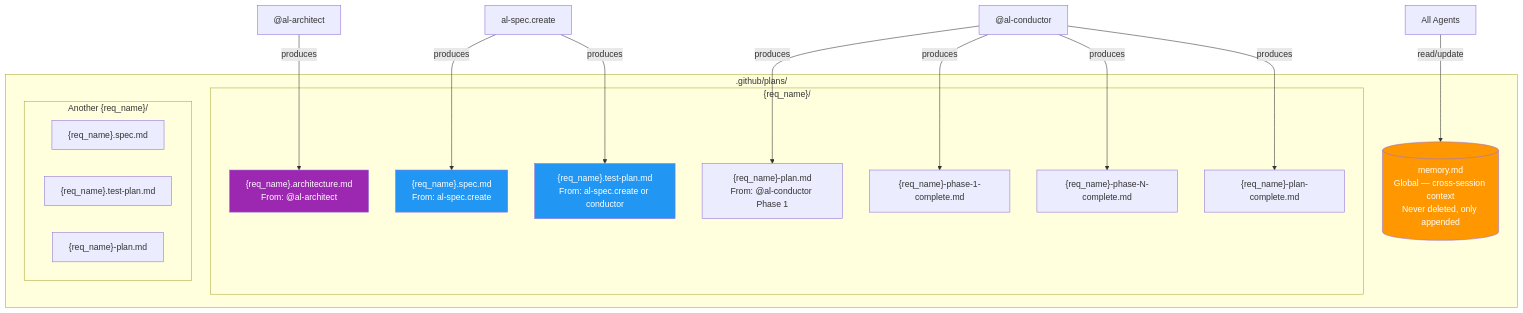
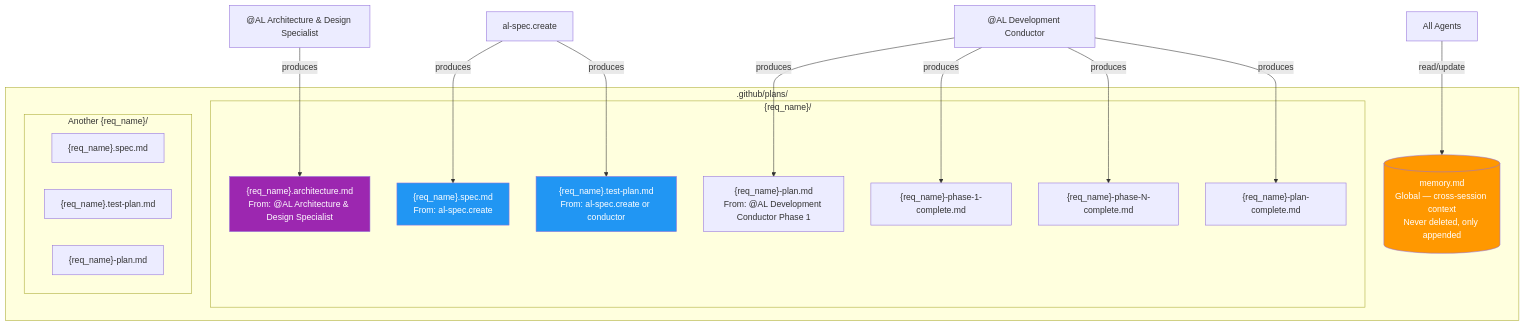
Before and after one commit to javiarmesto/ALDC-AL-Development-Collection: the fourth of 4 diagrams in docs/framework/ALDC-Architecture-Diagrams.md, drawn with Mermaid. The commit also changed other lines of this file and 36 other files, not shown here.

````diff
--- a/docs/framework/ALDC-Architecture-Diagrams.md
+++ b/docs/framework/ALDC-Architecture-Diagrams.md
@@ -167,36 +167,36 @@
 ```mermaid
 graph TB
     subgraph PLANS[".github/plans/"]
         MEMORY[("memory.md\nGlobal — cross-session context\nNever deleted, only appended")]
 
         subgraph REQ_A["{req_name}/"]
-            ARCH_A["{req_name}.architecture.md\nFrom: @al-architect"]
+            ARCH_A["{req_name}.architecture.md\nFrom: @AL Architecture & Design Specialist"]
             SPEC_A["{req_name}.spec.md\nFrom: al-spec.create"]
             TP_A["{req_name}.test-plan.md\nFrom: al-spec.create or conductor"]
-            PLAN_A["{req_name}-plan.md\nFrom: @al-conductor Phase 1"]
+            PLAN_A["{req_name}-plan.md\nFrom: @AL Development Conductor Phase 1"]
             PH1["{req_name}-phase-1-complete.md"]
             PHN["{req_name}-phase-N-complete.md"]
             DONE["{req_name}-plan-complete.md"]
         end
 
         subgraph REQ_B["Another {req_name}/"]
             SPEC_B["{req_name}.spec.md"]
             TP_B["{req_name}.test-plan.md"]
             PLAN_B["{req_name}-plan.md"]
         end
     end
 
-    ARCH["@al-architect"] -->|produces| ARCH_A
+    ARCH["@AL Architecture & Design Specialist"] -->|produces| ARCH_A
     SPEC_WF["al-spec.create"] -->|produces| SPEC_A
     SPEC_WF -->|produces| TP_A
-    COND["@al-conductor"] -->|produces| PLAN_A
+    COND["@AL Development Conductor"] -->|produces| PLAN_A
     COND -->|produces| PH1
     COND -->|produces| PHN
     COND -->|produces| DONE
     ALL_AGENTS["All Agents"] -->|read/update| MEMORY
 
     style MEMORY fill:#FF9800,color:#fff
     style ARCH_A fill:#9C27B0,color:#fff
     style SPEC_A fill:#2196F3,color:#fff
     style TP_A fill:#2196F3,color:#fff
 ```
````
